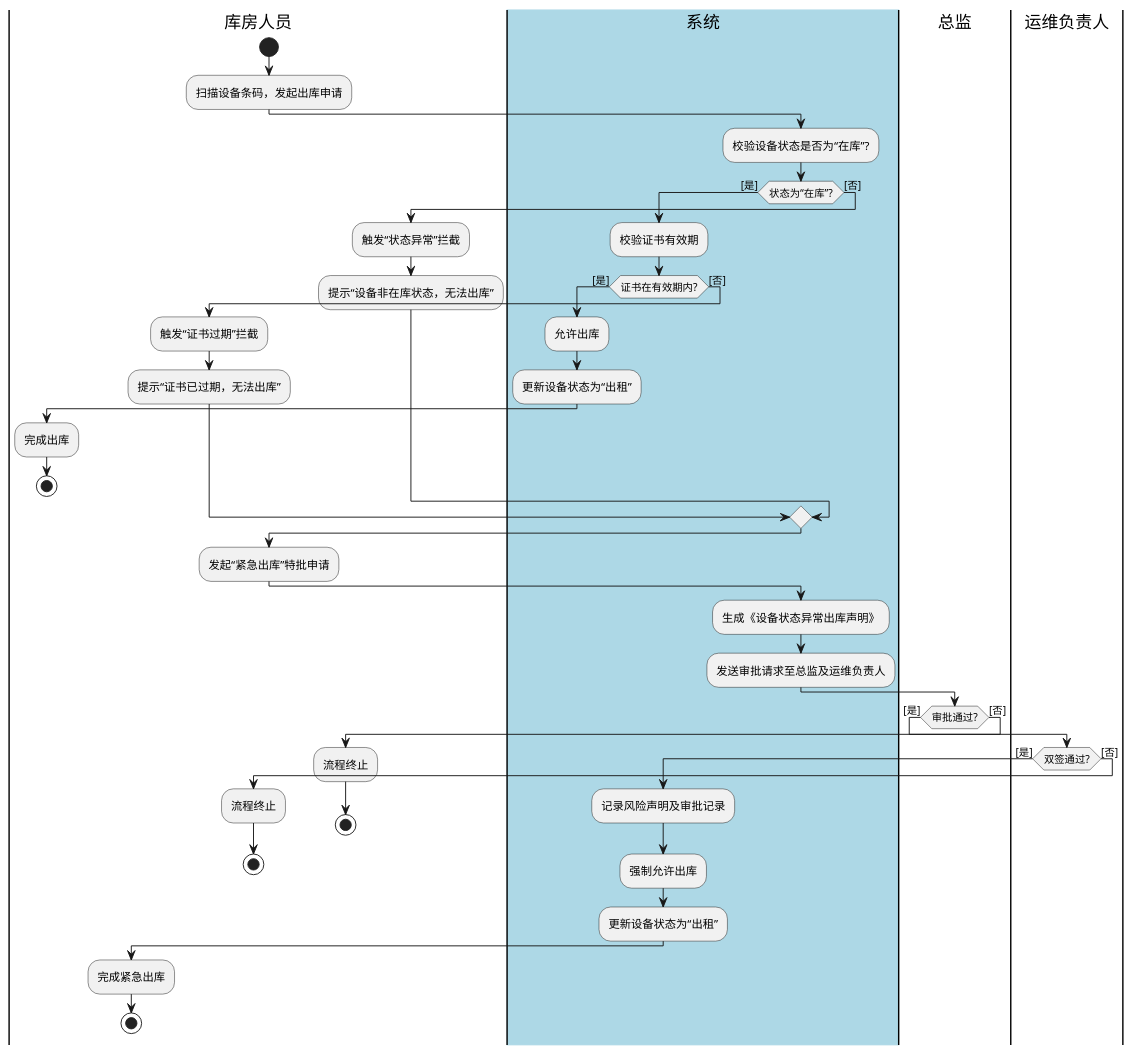
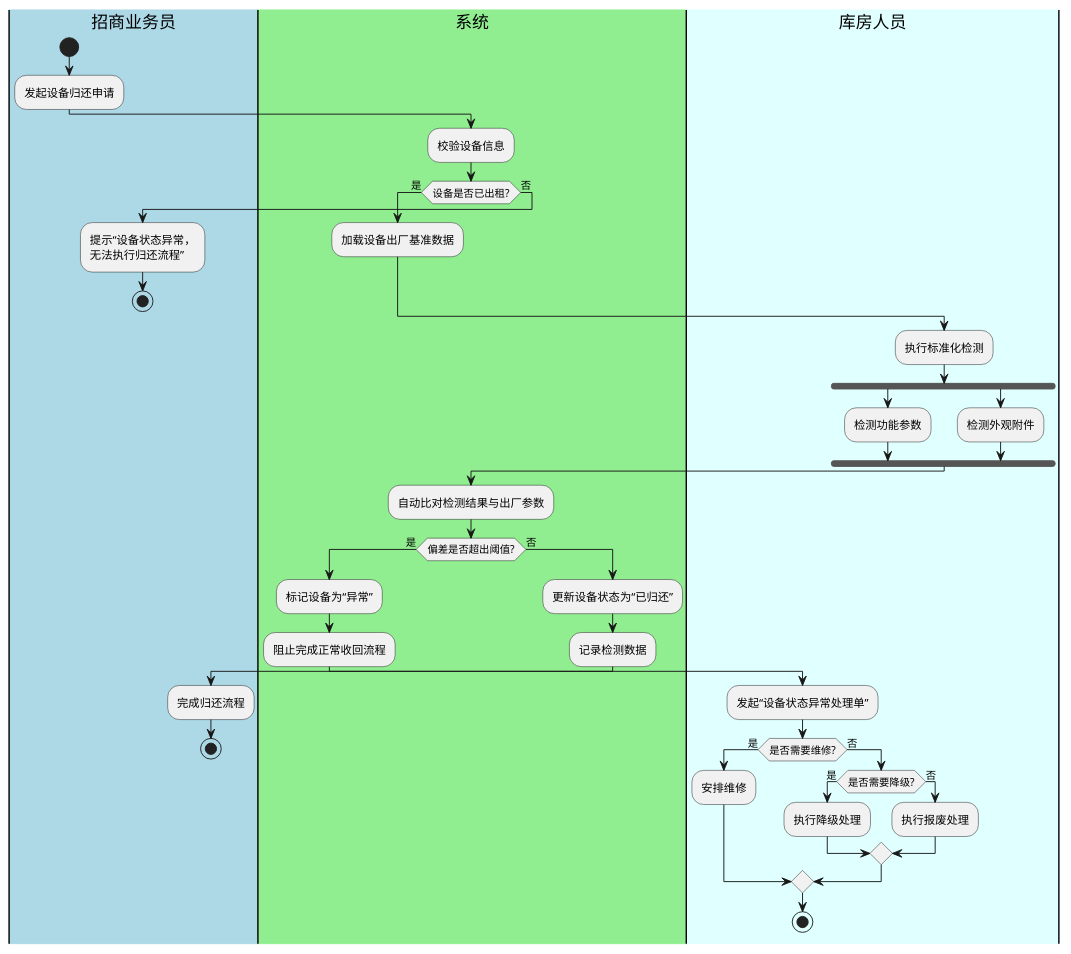
The second of 5 diagrams in .claude/knowledge-base/wiki/summaries/行为模型图-20260626-v4.puml (JiangHuanzhen/medical-device-rental-system), drawn with PlantUML before and after one commit. The commit also changed other lines of this file and 223 other files, not shown here.

```diff
--- a/.claude/knowledge-base/wiki/summaries/行为模型图-20260626-v4.puml
+++ b/.claude/knowledge-base/wiki/summaries/行为模型图-20260626-v4.puml
@@ -40,48 +61,49 @@
 @startuml
-|库房人员|
+|#LightBlue|招商业务员|
 start
-:扫描设备条码，发起出库申请;
-|#LightBlue|系统|
-:校验设备状态是否为“在库”?;
-if (状态为“在库”?) then ([是])
-  :校验证书有效期;
-  if (证书在有效期内?) then ([是])
-    :允许出库;
-    :更新设备状态为“出租”;
-    |库房人员|
-    :完成出库;
-    stop
-  else ([否])
-    :触发“证书过期”拦截;
-    :提示“证书已过期，无法出库”;
+:发起设备归还申请;
+|#LightGreen|系统|
+:校验设备信息;
+if (设备是否已出租?) then (是)
+  :加载设备出厂基准数据;
+else (否)
+  |#LightBlue|招商业务员|
+  :提示“设备状态异常，\n无法执行归还流程”;
+  stop
+endif
+
+|#LightCyan|库房人员|
+:执行标准化检测;
+fork
+  :检测功能参数;
+  fork again
+  :检测外观附件;
+end fork
+
+|#LightGreen|系统|
+:自动比对检测结果与出厂参数;
+if (偏差是否超出阈值?) then (是)
+  :标记设备为“异常”;
+  :阻止完成正常收回流程;
+  |#LightCyan|库房人员|
+  :发起“设备状态异常处理单”;
+  if (是否需要维修?) then (是)
+    :安排维修;
+  else (否)
+    if (是否需要降级?) then (是)
+      :执行降级处理;
+    else (否)
+      :执行报废处理;
+    endif
   endif
-else ([否])
-  :触发“状态异常”拦截;
-  :提示“设备非在库状态，无法出库”;
-endif
-|库房人员|
-:发起“紧急出库”特批申请;
-|#LightBlue|系统|
-:生成《设备状态异常出库声明》;
-:发送审批请求至总监及运维负责人;
-|总监|
-if (审批通过?) then ([是])
-  |运维负责人|
-  if (双签通过?) then ([是])
-    |#LightBlue|系统|
-    :记录风险声明及审批记录;
-    :强制允许出库;
-    :更新设备状态为“出租”;
-    |库房人员|
-    :完成紧急出库;
-    stop
-  else ([否])
-    :流程终止;
-    stop
-  endif
-else ([否])
-  :流程终止;
+  stop
+else (否)
+  |#LightGreen|系统|
+  :更新设备状态为“已归还”;
+  :记录检测数据;
+  |#LightBlue|招商业务员|
+  :完成归还流程;
   stop
 endif
 
 @enduml
```
